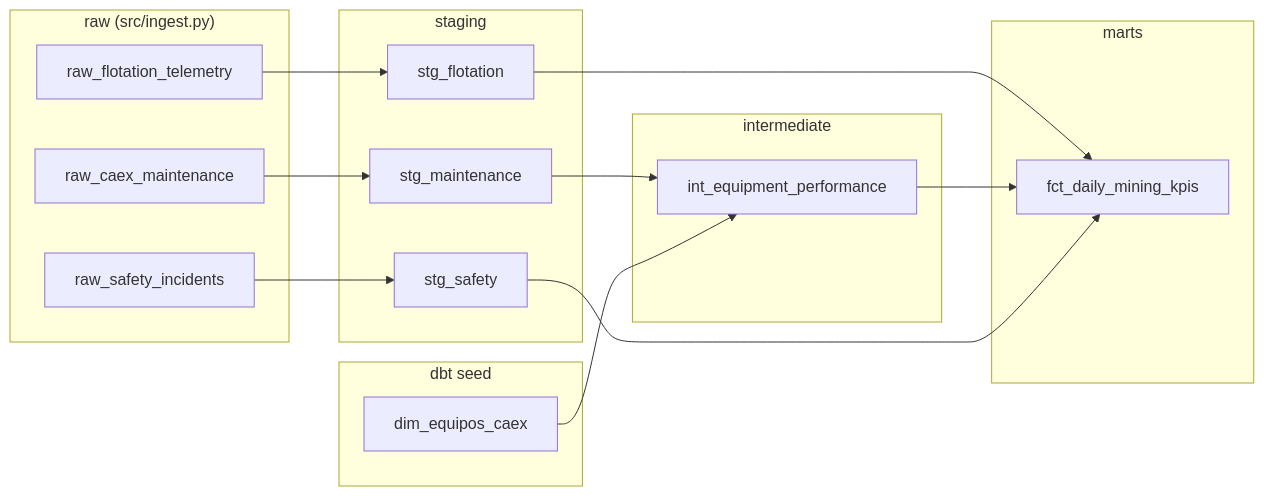
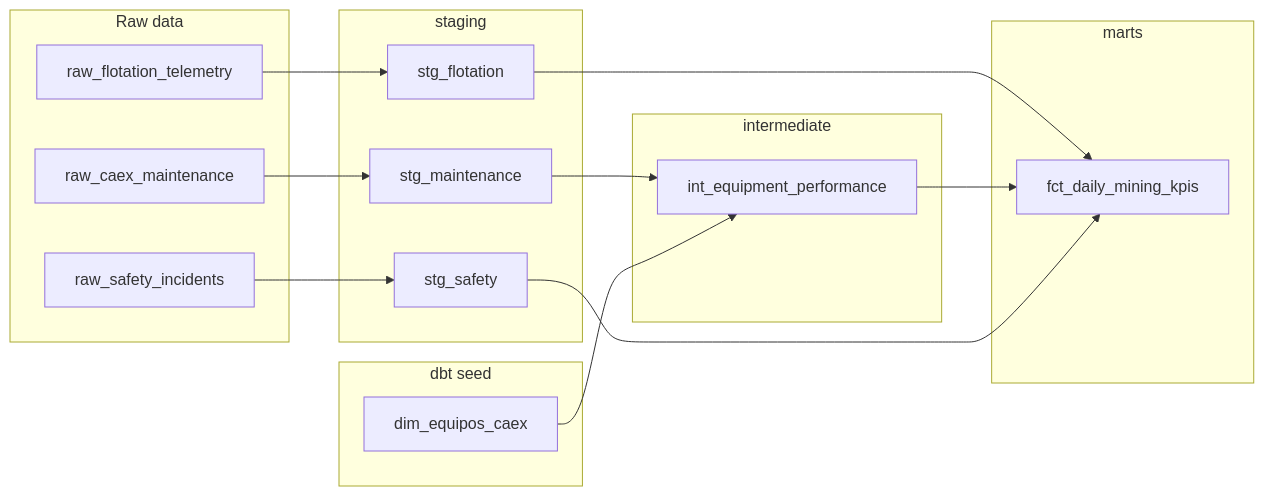
Before and after one commit to Rxyxs/data-warehouse-analitico-mineria-chile: the first of 3 diagrams in README.md, drawn with Mermaid. The commit also changed other lines of this file and 1 other file, not shown here.

Commit message:
fix: mermaid lineage diagram render on GitHub + add pie chart visuals

````diff
--- a/README.md
+++ b/README.md
@@ -40,31 +40,31 @@
 ```mermaid
 graph LR
-    subgraph RAW["raw (src/ingest.py)"]
+    subgraph RAW[Raw data]
         R1[raw_flotation_telemetry]
         R2[raw_caex_maintenance]
         R3[raw_safety_incidents]
     end
-    subgraph SEED["dbt seed"]
+    subgraph SEED[dbt seed]
         S0[dim_equipos_caex]
     end
-    subgraph STG["staging"]
+    subgraph STG[staging]
         T1[stg_flotation]
         T2[stg_maintenance]
         T3[stg_safety]
     end
-    subgraph INT["intermediate"]
+    subgraph INT[intermediate]
         I1[int_equipment_performance]
     end
-    subgraph MART["marts"]
+    subgraph MART[marts]
         M1[fct_daily_mining_kpis]
     end
 
     R1 --> T1
     R2 --> T2
     R3 --> T3
     T2 --> I1
     S0 --> I1
     T1 --> M1
     I1 --> M1
     T3 --> M1
 ```
````
